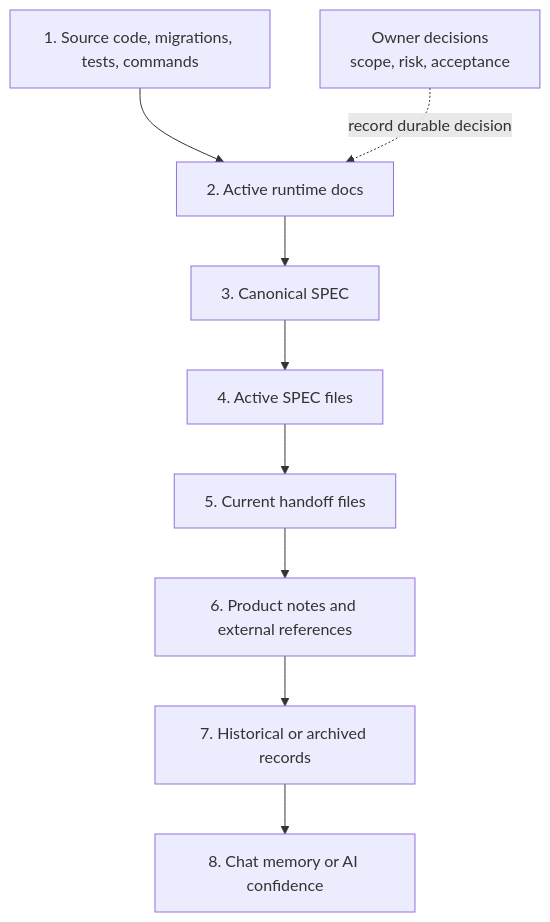
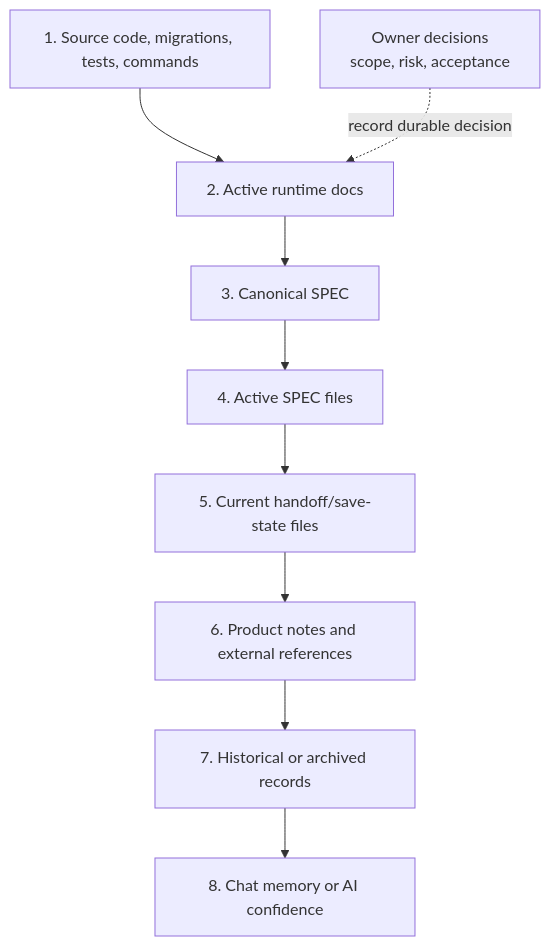
Before and after one commit to LiveTrack-X/spec-driven-ai-development: the third of 7 diagrams in docs/diagrams.md, drawn with Mermaid. The commit also changed other lines of this file and 22 other files, not shown here.

````diff
--- a/docs/diagrams.md
+++ b/docs/diagrams.md
@@ -42,11 +42,11 @@
 ```mermaid
 flowchart TD
     S1["1. Source code, migrations, tests, commands"] --> S2["2. Active runtime docs"]
     S2 --> S3["3. Canonical SPEC"]
     S3 --> S4["4. Active SPEC files"]
-    S4 --> S5["5. Current handoff files"]
+    S4 --> S5["5. Current handoff/save-state files"]
     S5 --> S6["6. Product notes and external references"]
     S6 --> S7["7. Historical or archived records"]
     S7 --> S8["8. Chat memory or AI confidence"]
     O["Owner decisions\nscope, risk, acceptance"] -. "record durable decision" .-> S2
 ```
````
